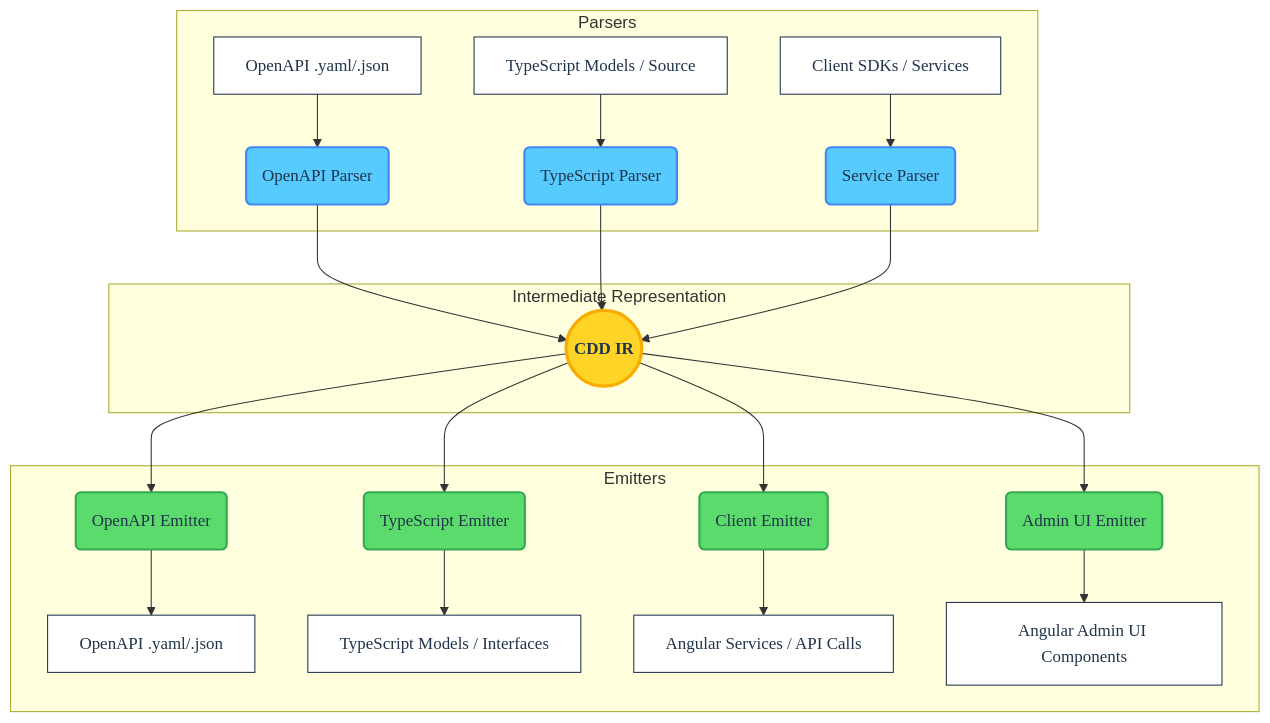
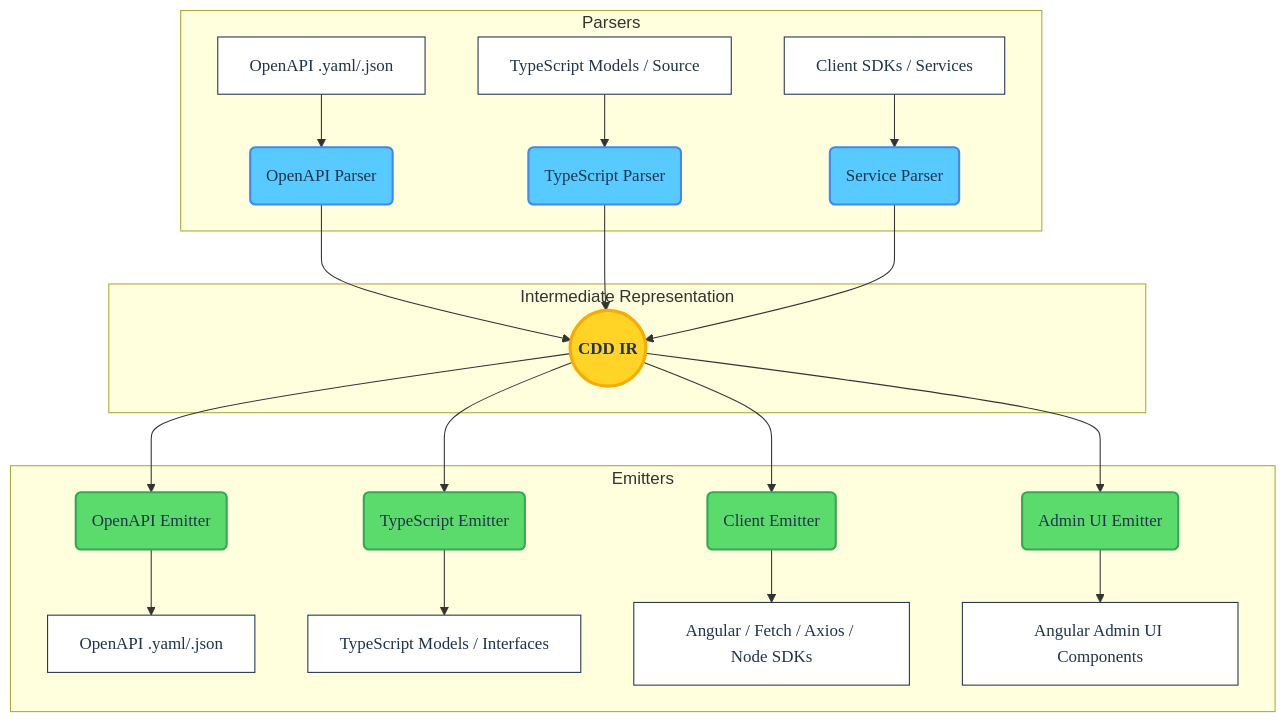
Before and after one commit to offscale/cdd-web-ng: the diagram in ARCHITECTURE.md, drawn with Mermaid. The commit also changed other lines of this file and 25 other files, not shown here.

Commit message:
New Axios, fetch, and Node.js implementations

````diff
--- a/ARCHITECTURE.md
+++ b/ARCHITECTURE.md
@@ -18,34 +18,34 @@
 ```mermaid
 graph TD
     %% Styling Definitions
     classDef frontend fill:#57caff,stroke:#4285f4,stroke-width:2px,color:#20344b,font-family:Roboto Mono
     classDef core fill:#ffd427,stroke:#f9ab00,stroke-width:3px,color:#20344b,font-family:Google Sans,font-weight:bold
     classDef backend fill:#5cdb6d,stroke:#34a853,stroke-width:2px,color:#20344b,font-family:Roboto Mono
     classDef endpoint fill:#ffffff,stroke:#20344b,stroke-width:1px,color:#20344b,font-family:Google Sans
 
     subgraph Frontend [Parsers]
         A[OpenAPI .yaml/.json]:::endpoint --> P1(OpenAPI Parser):::frontend
         B[TypeScript Models / Source]:::endpoint --> P2(TypeScript Parser):::frontend
         D[Client SDKs / Services]:::endpoint --> P4(Service Parser):::frontend
     end
 
     subgraph Core [Intermediate Representation]
         IR((CDD IR)):::core
     end
 
     subgraph Backend [Emitters]
         E1(OpenAPI Emitter):::backend --> X[OpenAPI .yaml/.json]:::endpoint
         E2(TypeScript Emitter):::backend --> Y[TypeScript Models / Interfaces]:::endpoint
-        E4(Client Emitter):::backend --> W[Angular Services / API Calls]:::endpoint
+        E4(Client Emitter):::backend --> W[Angular / Fetch / Axios / Node SDKs]:::endpoint
         E5(Admin UI Emitter):::backend --> V[Angular Admin UI Components]:::endpoint
     end
 
     P1 --> IR
     P2 --> IR
     P4 --> IR
 
     IR --> E1
     IR --> E2
     IR --> E4
     IR --> E5
 ```
````
